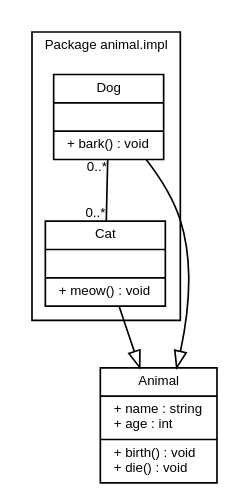
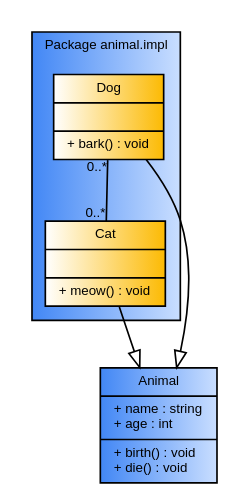
The diagram in Exemplos/UMLexample.gv (GiovaniPM/Graphs), drawn with Graphviz before and after one commit.

Commit message:
Giovani_Mesquita(RBST10164) 200206134520

```diff
--- a/Exemplos/UMLexample.gv
+++ b/Exemplos/UMLexample.gv
@@ -1,36 +1,44 @@
 digraph G {
     fontname = "Arial"
     fontsize = 8
     node [
         fontname = "Arial"
         fontsize = 8
         shape = "record"
     ]
     edge [
         fontname = "Arial"
         fontsize = 8
     ]
     Animal [
+        style=filled
+        fillcolor="#4287f5:#c9deff"
         label = "{Animal|+ name : string\l+ age : int\l|+ birth() : void\l+ die() : void\l}"
     ]
     subgraph clusterAnimalImpl {
         label = "Package animal.impl"
+        style=filled
+        fillcolor="#4287f5:#c9deff"
         Dog [
+            style=filled
+            fillcolor="white:#fcba03"
             label = "{Dog||+ bark() : void\l}"
         ]
         Cat [
+            style=filled
+            fillcolor="white:#fcba03"
             label = "{Cat||+ meow() : void\l}"
         ]
     }
     edge [
         arrowhead = "empty"
     ]
     Dog -> Animal
     Cat -> Animal
     edge [
         arrowhead = "none"
         headlabel = "0..*"
         taillabel = "0..*"
     ]
     Dog -> Cat
 }
```
